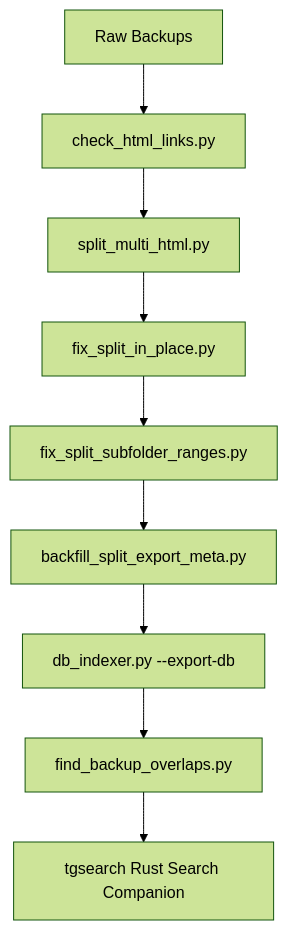
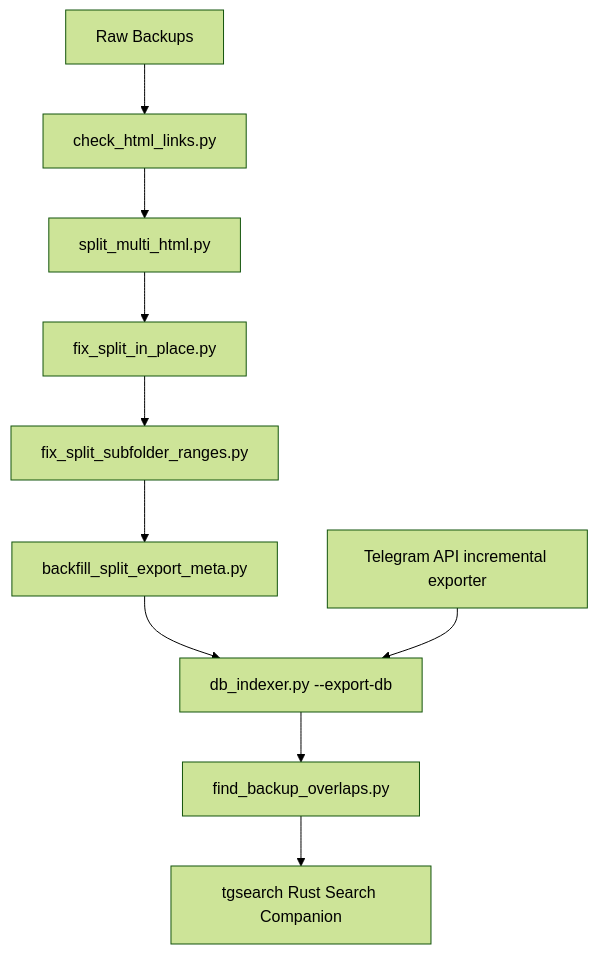
One commit to Terrydaktal/tgbackman changed the diagram in README.md. Above: the diagram before and after it, drawn with Mermaid (forest theme). The commit also changed other lines of this file and 60 other files, not shown here.

````diff
--- a/README.md
+++ b/README.md
@@ -139,11 +347,12 @@
 ```mermaid
 graph TD
     A[Raw Backups] --> B[check_html_links.py]
     B --> C[split_multi_html.py]
     C --> D[fix_split_in_place.py]
     D --> E[fix_split_subfolder_ranges.py]
     E --> F[backfill_split_export_meta.py]
     F --> H[db_indexer.py --export-db]
     H --> I[find_backup_overlaps.py]
     I --> J[tgsearch Rust Search Companion]
+    K[Telegram API incremental exporter] --> H
 ```
````
